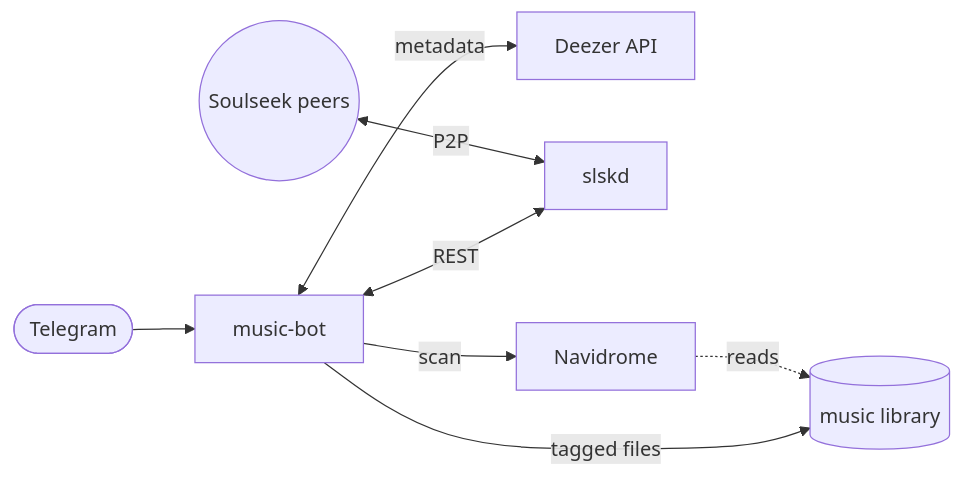
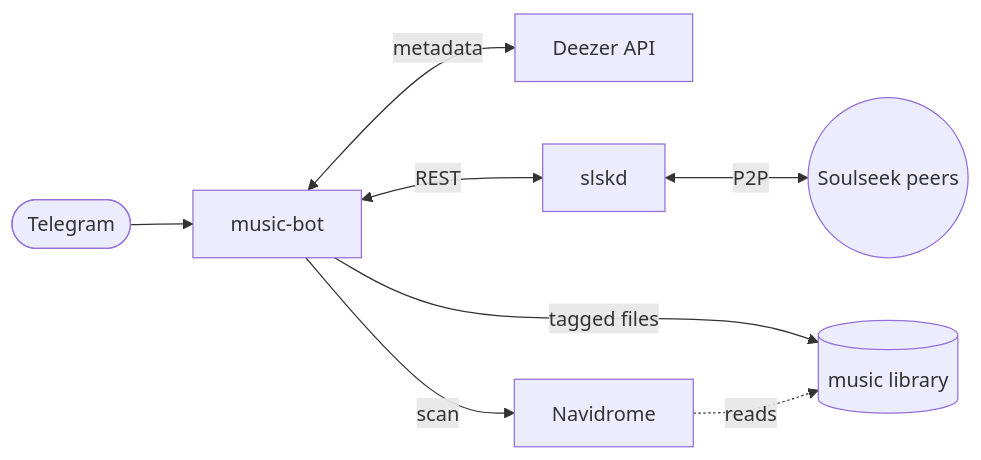
One commit to eeegoloauq/music-bot changed the diagram in README.md. Above: the diagram before and after it, drawn with Mermaid.

Commit message:
readme: untangle the setup diagram edges

````diff
--- a/README.md
+++ b/README.md
@@ -62,10 +62,10 @@
 ```mermaid
 flowchart LR
     tg([Telegram]) --> bot[music-bot]
     bot <-->|metadata| dz[Deezer API]
     bot <-->|REST| slskd[slskd]
-    peers((Soulseek peers)) <-->|P2P| slskd
+    slskd <-->|P2P| peers((Soulseek peers))
     bot -->|tagged files| lib[(music library)]
     bot -->|scan| nd[Navidrome]
     nd -.reads.-> lib
 ```
````
